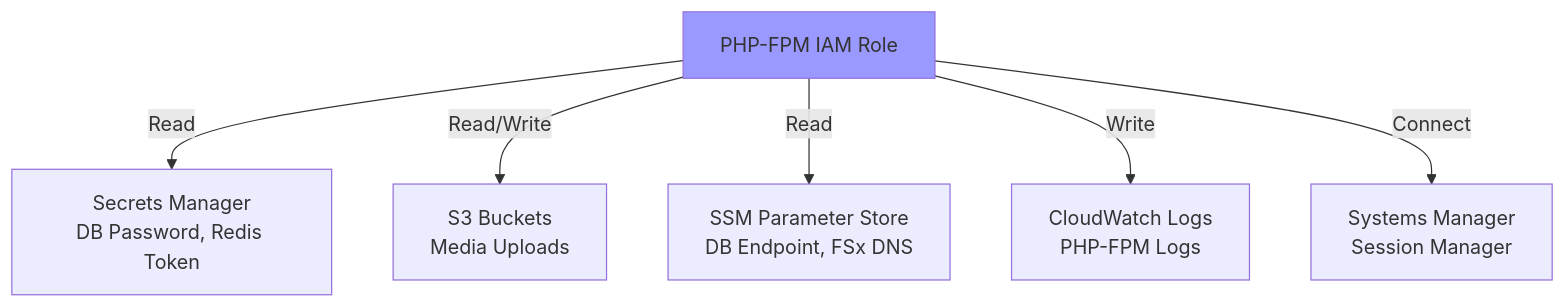
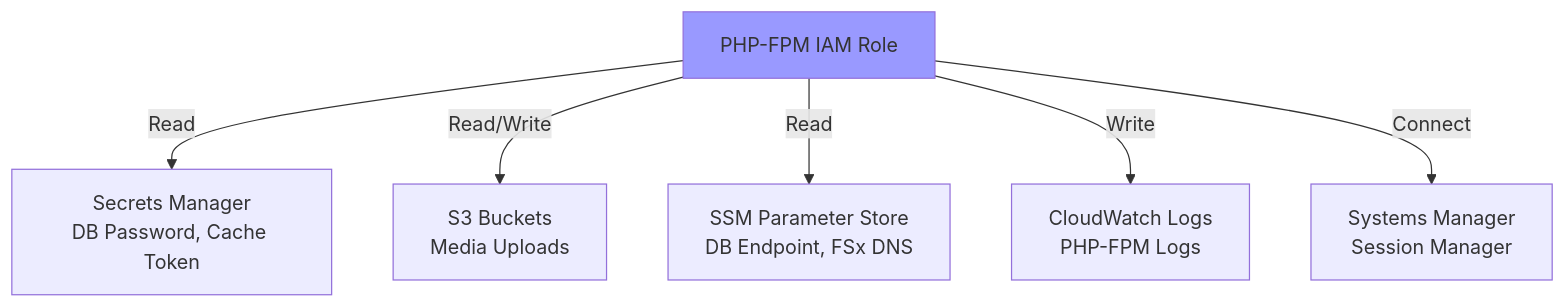
Before and after one commit to worx/cf-scalable-web: diagram 12 of 16 in docs/ARCHITECTURE.md, drawn with Mermaid. The commit also changed other lines of this file and 13 other files, not shown here.

````diff
--- a/docs/ARCHITECTURE.md
+++ b/docs/ARCHITECTURE.md
@@ -457,12 +457,12 @@
 ```mermaid
 graph TB
     PHPRole[PHP-FPM IAM Role]
 
-    PHPRole -->|Read| Secrets[Secrets Manager<br/>DB Password, Redis Token]
+    PHPRole -->|Read| Secrets[Secrets Manager<br/>DB Password, Cache Token]
     PHPRole -->|Read/Write| S3[S3 Buckets<br/>Media Uploads]
     PHPRole -->|Read| SSM[SSM Parameter Store<br/>DB Endpoint, FSx DNS]
     PHPRole -->|Write| CW[CloudWatch Logs<br/>PHP-FPM Logs]
     PHPRole -->|Connect| SessionMgr[Systems Manager<br/>Session Manager]
 
     style PHPRole fill:#99f
 ```
````
